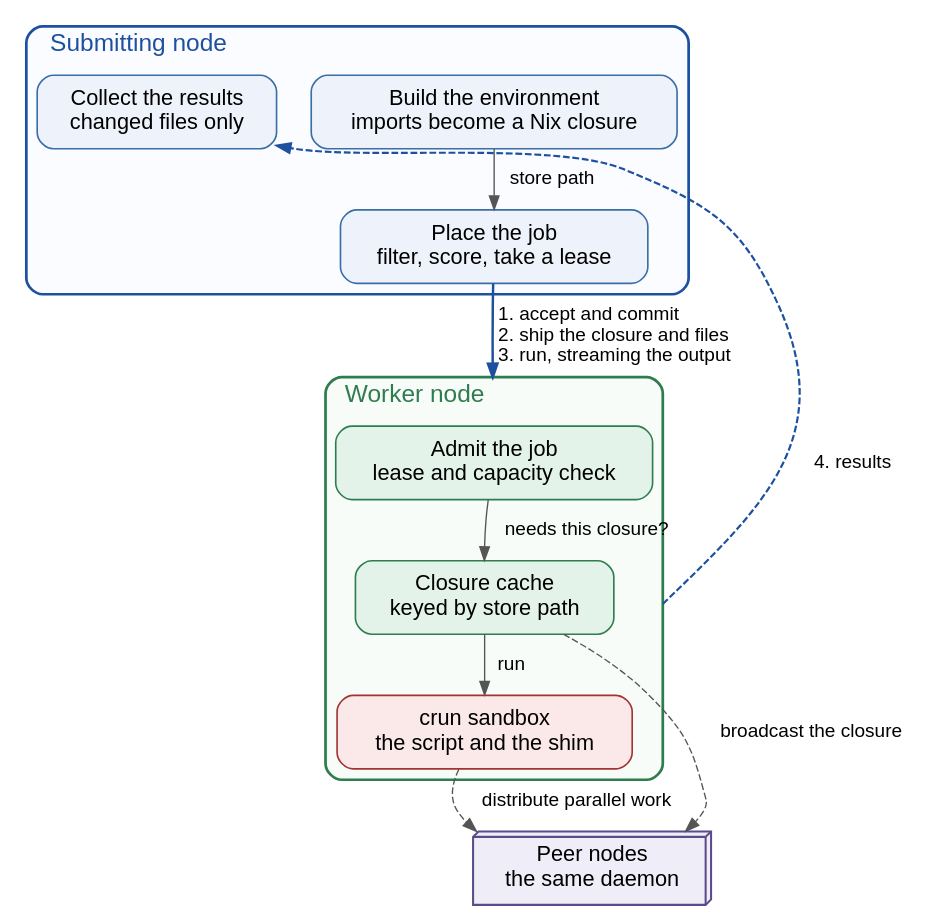
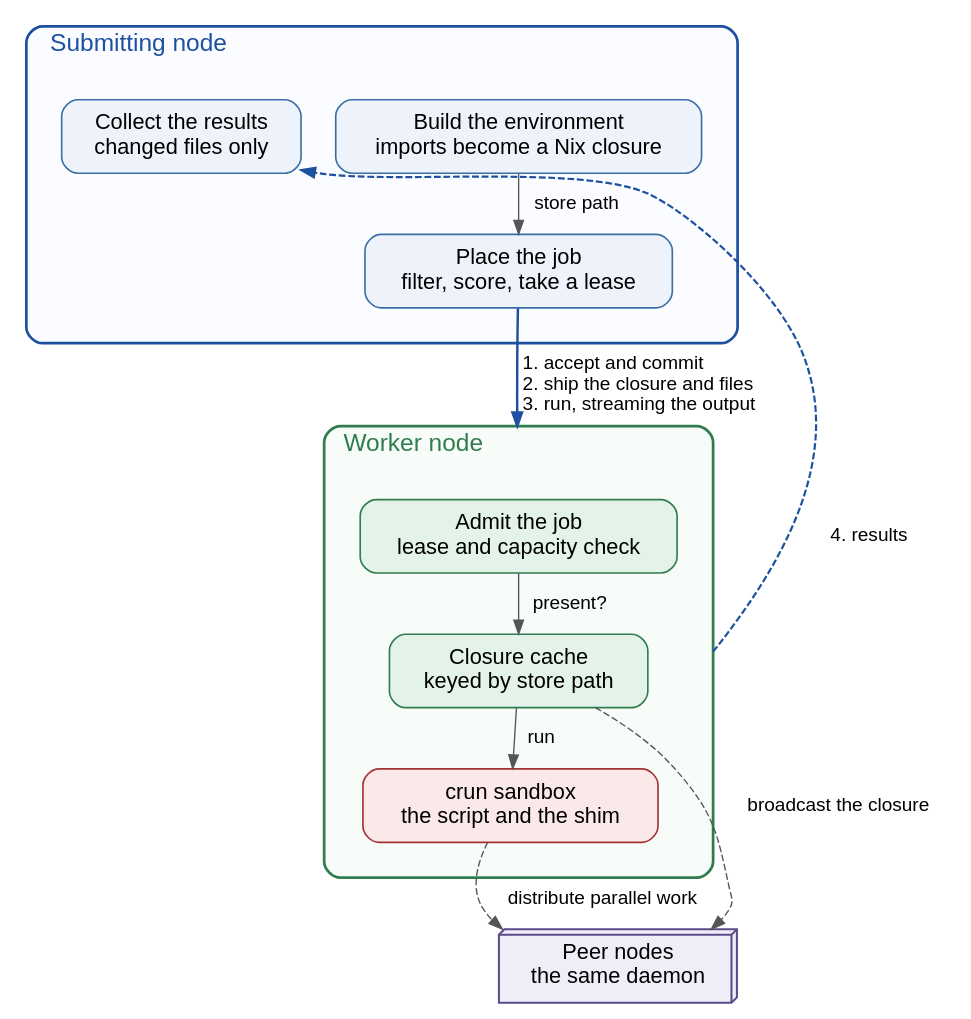
Before and after one commit to vinayakyadav2709/Pipedpeer: the diagram in docs/diagrams/src/fig_3.1_system_design.dot, drawn with Graphviz. The commit also changed 22 other files, not shown here.

First line of the commit message:
Act on the review: correct claims, fix figure collisions, gate the shim in CI

```diff
--- a/docs/diagrams/src/fig_3.1_system_design.dot
+++ b/docs/diagrams/src/fig_3.1_system_design.dot
@@ -1,40 +1,42 @@
 // Figure 3.1 - PipedPeer system design.
 // Every box is on the path: previously "Build environment", "Collect results"
 // and "Admit" were held in place by invisible edges and read as decoration.
 digraph SystemDesign {
   rankdir=TB; compound=true; bgcolor="white"; nodesep=0.35; ranksep=0.42;
   node [fontname="Helvetica", fontsize=16, shape=box, style="rounded,filled",
         fillcolor="#eef3fb", color="#3b6ea5", penwidth=1.2, margin="0.20,0.13"];
   edge [fontname="Helvetica", fontsize=14, color="#555555"];
   graph [fontname="Helvetica", fontsize=18];
 
   subgraph cluster_submit {
     label="Submitting node"; labeljust=l;
     style="rounded"; color="#1e50a0"; penwidth=2.0; fontcolor="#1e50a0"; bgcolor="#fafcff";
+    margin="26,20";
     build [label="Build the environment\nimports become a Nix closure"];
     place [label="Place the job\nfilter, score, take a lease"];
     coll  [label="Collect the results\nchanged files only"];
     build -> place [label="  store path  "];
   }
 
   subgraph cluster_worker {
     label="Worker node"; labeljust=l;
     style="rounded"; color="#2f7d4f"; penwidth=2.0; fontcolor="#2f7d4f"; bgcolor="#f8fcf9";
+    margin="26,20";
     node [fillcolor="#e3f3e9", color="#2f7d4f"];
     admit [label="Admit the job\nlease and capacity check"];
     cache [label="Closure cache\nkeyed by store path"];
     sandbox [label="crun sandbox\nthe script and the shim", fillcolor="#fbe9e9", color="#a33333"];
-    admit -> cache [label="  needs this closure?  "];
+    admit -> cache [label="  present?  "];
     cache -> sandbox [label="  run  "];
   }
 
   peers [label="Peer nodes\nthe same daemon", shape=box3d, fillcolor="#efedf7", color="#5b4b8a", penwidth=1.5];
 
   place -> admit [lhead=cluster_worker, penwidth=1.8, color="#1e50a0",
                   label="  1. accept and commit\l  2. ship the closure and files\l  3. run, streaming the output\l"];
   sandbox -> coll [ltail=cluster_worker, style=dashed, penwidth=1.6, color="#1e50a0", constraint=false,
                    label="  4. results  "];
 
   cache   -> peers [style=dashed, label="  broadcast the closure  "];
   sandbox -> peers [style=dashed, label="  distribute parallel work  "];
 }
```
